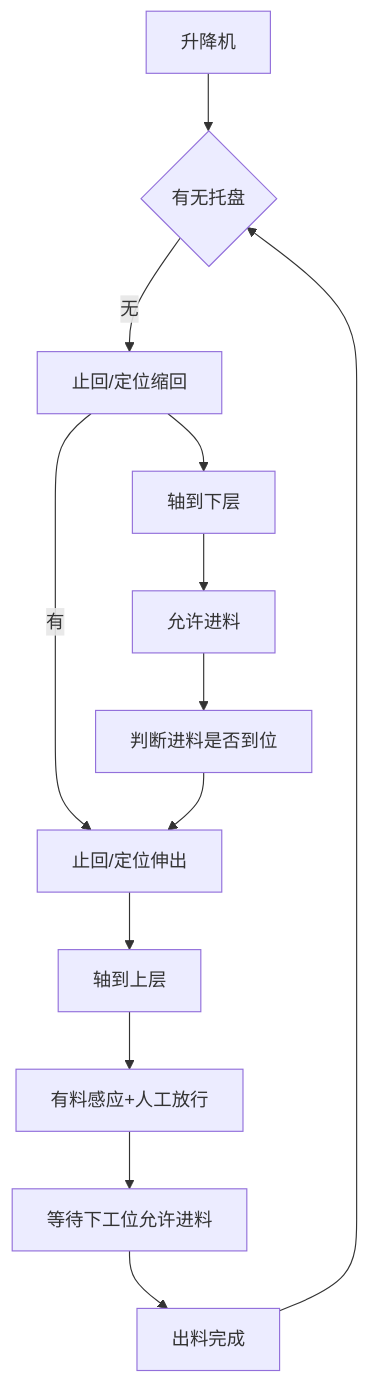
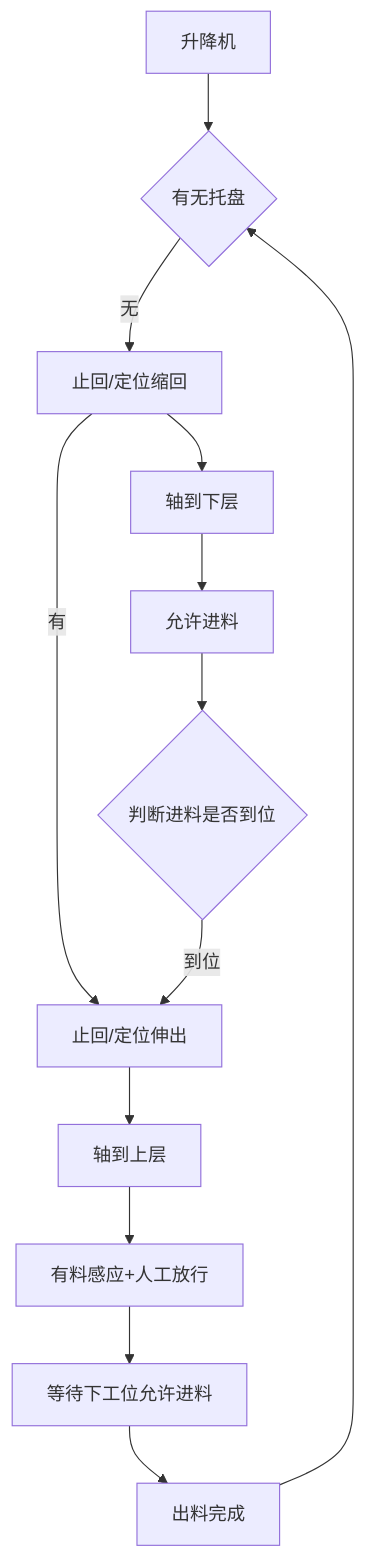
Before and after one commit to PengKun1/iodraw-files: the diagram in all/升降台.md, drawn with Mermaid.

Commit message:
2024-12-23 11:30:26 update

````diff
--- a/all/升降台.md
+++ b/all/升降台.md
@@ -1,15 +1,15 @@
 ```mermaid
 graph TD
 0[升降机]-->10
 10{有无托盘}-->|无|20
 20-->|有|60
 20[止回/定位缩回]-->30
 30[轴到下层]-->40
 40[允许进料]-->50
-50[判断进料是否到位]-->60
+50{判断进料是否到位}-->|到位|60
 60[止回/定位伸出]-->70
 70[轴到上层]-->80
 80[有料感应+人工放行]-->90
 90[等待下工位允许进料]-->100
 100[出料完成]-->10
 ```
````
